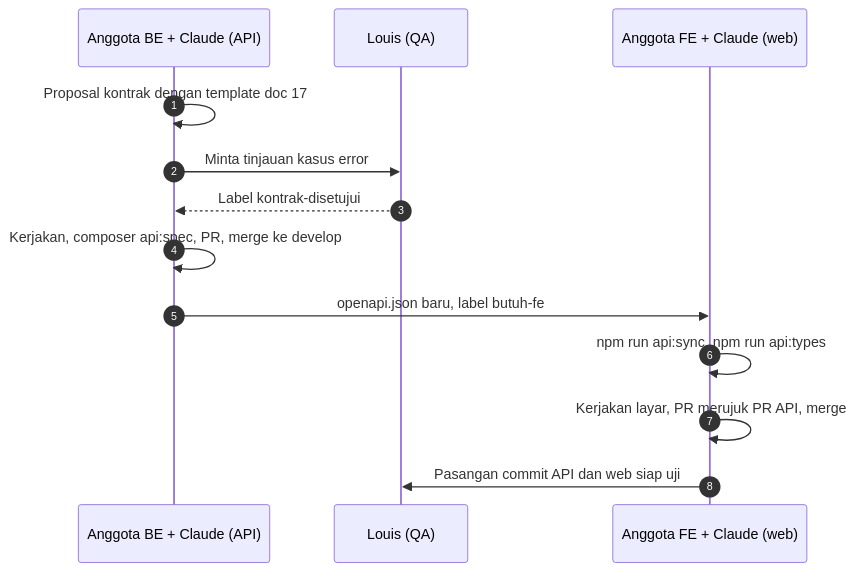
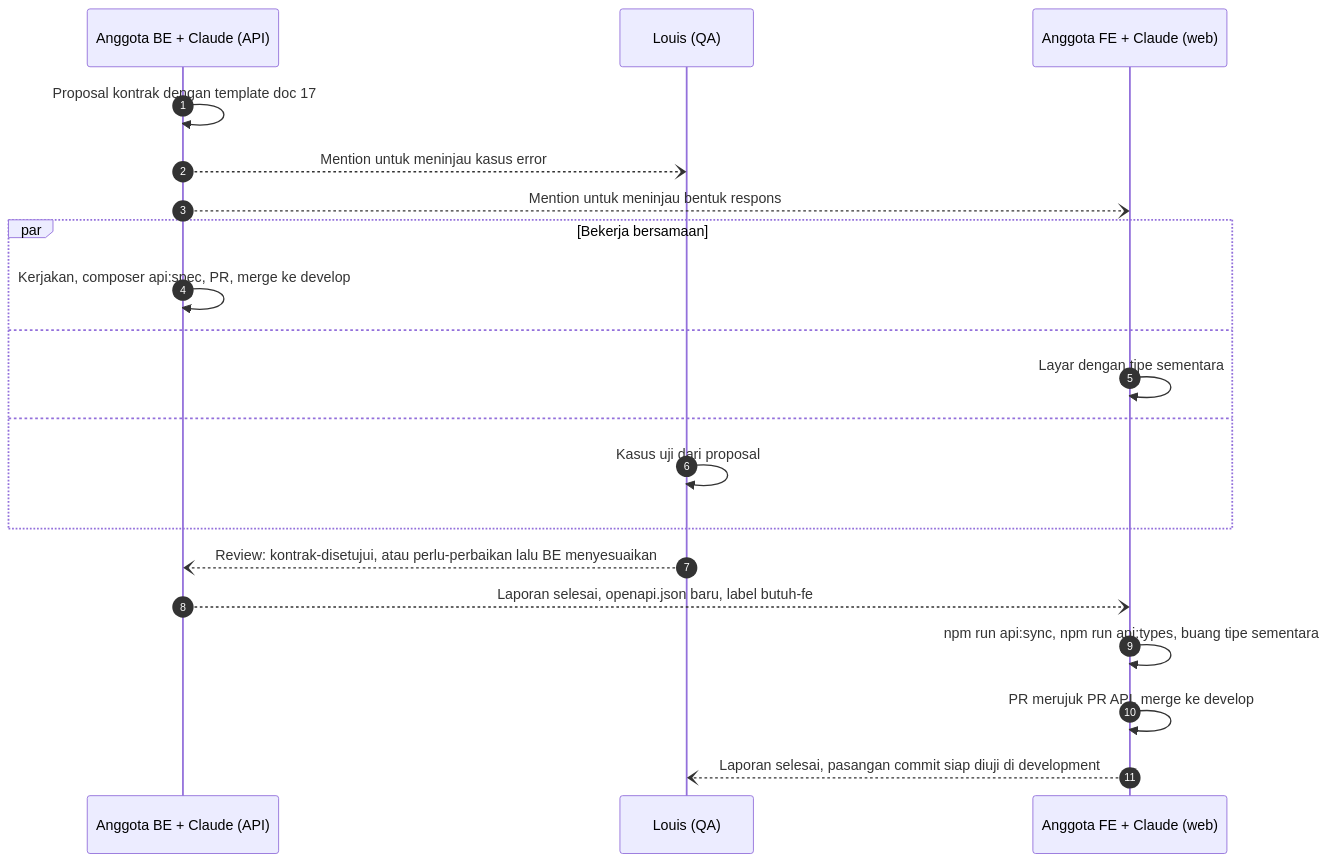
One commit to DraftAja/.github changed the second of 2 diagrams in panduan/kerja-dengan-agen-ai.md. Above: the diagram before and after it, drawn with Mermaid. The commit also changed other lines of this file and 75 other files, not shown here.

First line of the commit message:
docs(docs): kerja paralel tanpa menunggu serah terima, development dan production terpisah

````diff
--- a/panduan/kerja-dengan-agen-ai.md
+++ b/panduan/kerja-dengan-agen-ai.md
@@ -241,15 +241,22 @@
 ```mermaid
 sequenceDiagram
     autonumber
     participant BE as Anggota BE + Claude (API)
     participant QA as Louis (QA)
     participant FE as Anggota FE + Claude (web)
     BE->>BE: Proposal kontrak dengan template doc 17
-    BE->>QA: Minta tinjauan kasus error
-    QA-->>BE: Label kontrak-disetujui
-    BE->>BE: Kerjakan, composer api:spec, PR, merge ke develop
-    BE->>FE: openapi.json baru, label butuh-fe
-    FE->>FE: npm run api:sync, npm run api:types
-    FE->>FE: Kerjakan layar, PR merujuk PR API, merge
-    FE->>QA: Pasangan commit API dan web siap uji
+    BE--)QA: Mention untuk meninjau kasus error
+    BE--)FE: Mention untuk meninjau bentuk respons
+    par Bekerja bersamaan
+        BE->>BE: Kerjakan, composer api:spec, PR, merge ke develop
+    and
+        FE->>FE: Layar dengan tipe sementara
+    and
+        QA->>QA: Kasus uji dari proposal
+    end
+    QA--)BE: Review: kontrak-disetujui, atau perlu-perbaikan lalu BE menyesuaikan
+    BE--)FE: Laporan selesai, openapi.json baru, label butuh-fe
+    FE->>FE: npm run api:sync, npm run api:types, buang tipe sementara
+    FE->>FE: PR merujuk PR API, merge ke develop
+    FE--)QA: Laporan selesai, pasangan commit siap diuji di development
 ```
````
